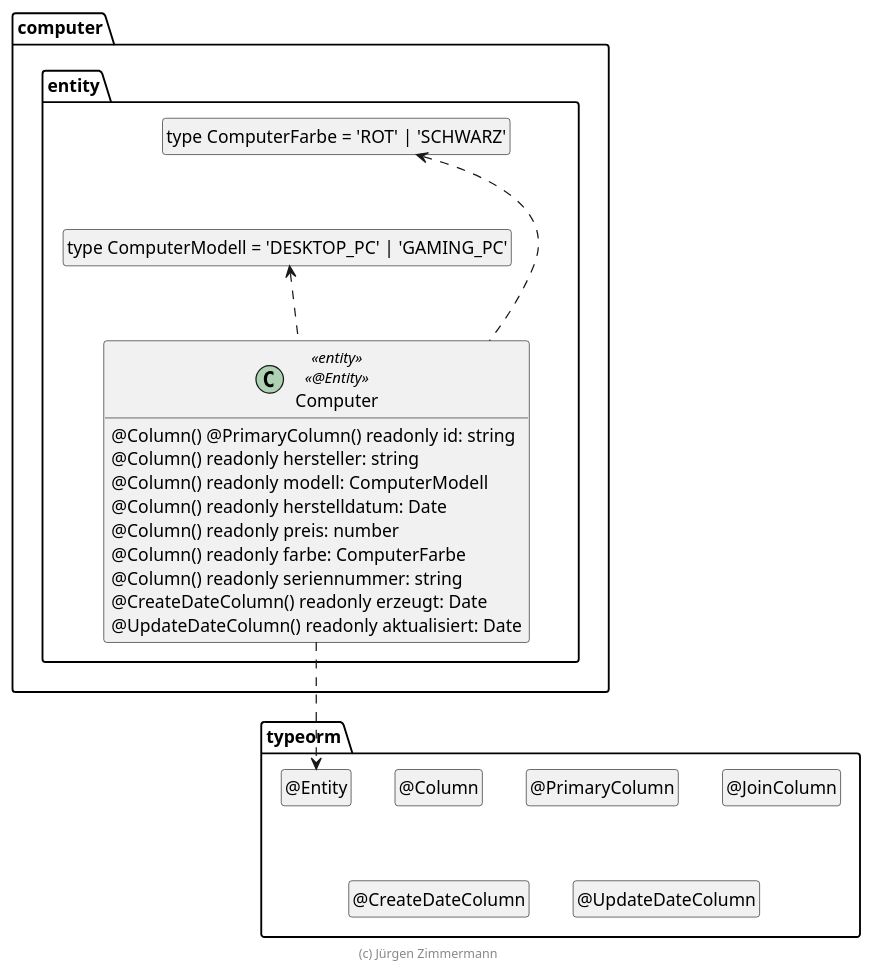
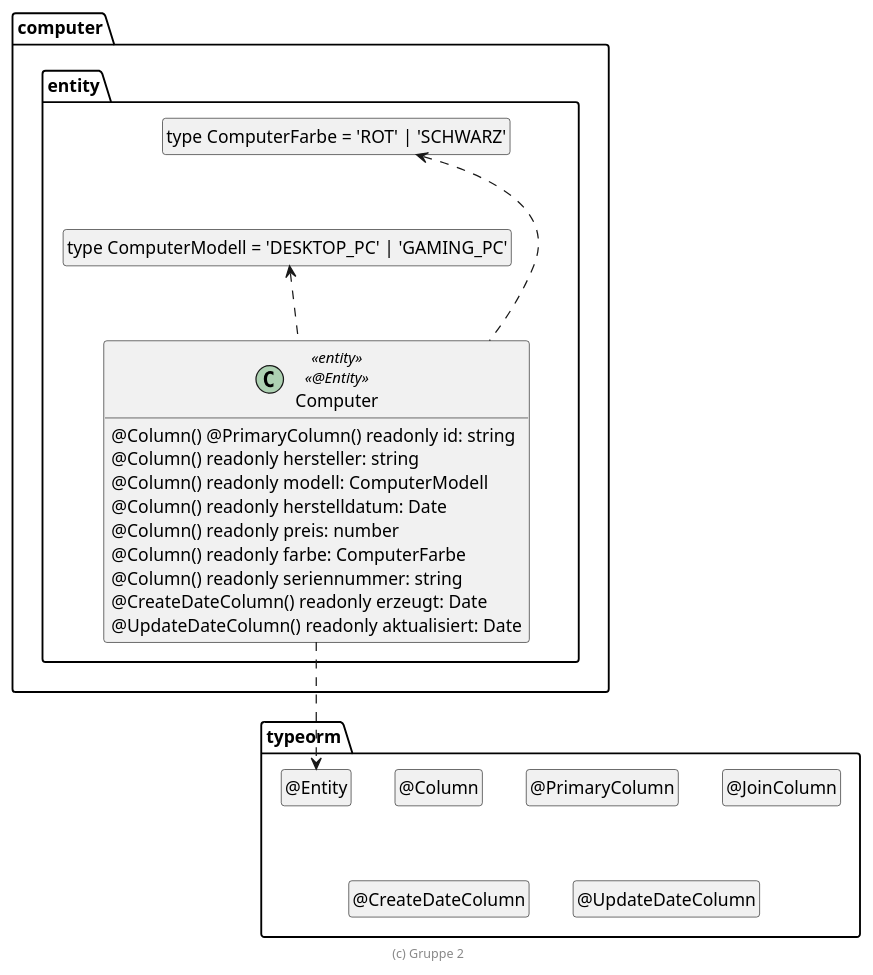
Before and after one commit to Wichlee/computer: the diagram in extras/doc/entwicklerhandbuch/Computer.plantuml, drawn with PlantUML. The commit also changed 3 other files, not shown here.

Commit message:
changed footer to 'Gruppe 2'

```diff
--- a/extras/doc/entwicklerhandbuch/Computer.plantuml
+++ b/extras/doc/entwicklerhandbuch/Computer.plantuml
@@ -18,48 +18,48 @@
 @startuml Entity
 
 package typeorm {
   class "@Entity" as Entity
   hide Entity circle
   class "@Column" as Column
   hide Column circle
   class "@PrimaryColumn" as PrimaryColumn
   hide PrimaryColumn circle
   class "@JoinColumn" as JoinColumn
   hide JoinColumn circle
   class "@CreateDateColumn" as CreateDateColumn
   hide CreateDateColumn circle
   class "@UpdateDateColumn" as UpdateDateColumn
   hide UpdateDateColumn circle
 }
 
 package computer.entity {
   class "type ComputerFarbe = 'ROT' | 'SCHWARZ'" as ComputerFarbe
   hide ComputerFarbe circle
 
   class "type ComputerModell = 'DESKTOP_PC' | 'GAMING_PC'" as ComputerModell
   hide ComputerModell circle
 
   class Computer <<entity>> <<@Entity>> {
     @Column() @PrimaryColumn() readonly id: string
     @Column() readonly hersteller: string
     @Column() readonly modell: ComputerModell
     @Column() readonly herstelldatum: Date
     @Column() readonly preis: number
     @Column() readonly farbe: ComputerFarbe
     @Column() readonly seriennummer: string
     @CreateDateColumn() readonly erzeugt: Date
     @UpdateDateColumn() readonly aktualisiert: Date
   }
 
   Computer ..> Entity
   Computer .up.> ComputerFarbe
   Computer .up.> ComputerModell
 
   ComputerFarbe .[hidden].> ComputerModell
 }
 
 hide empty members
 
-footer (c) Jürgen Zimmermann
+footer (c) Gruppe 2
 
 @enduml
```
